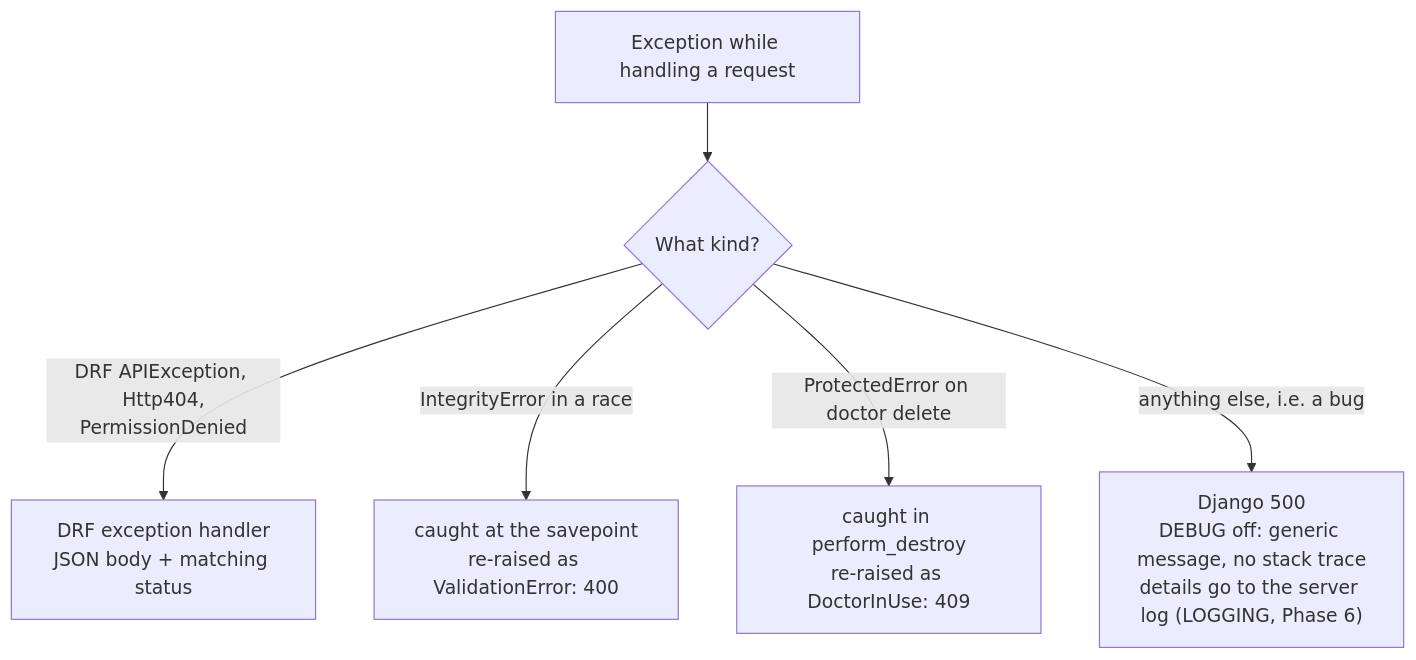
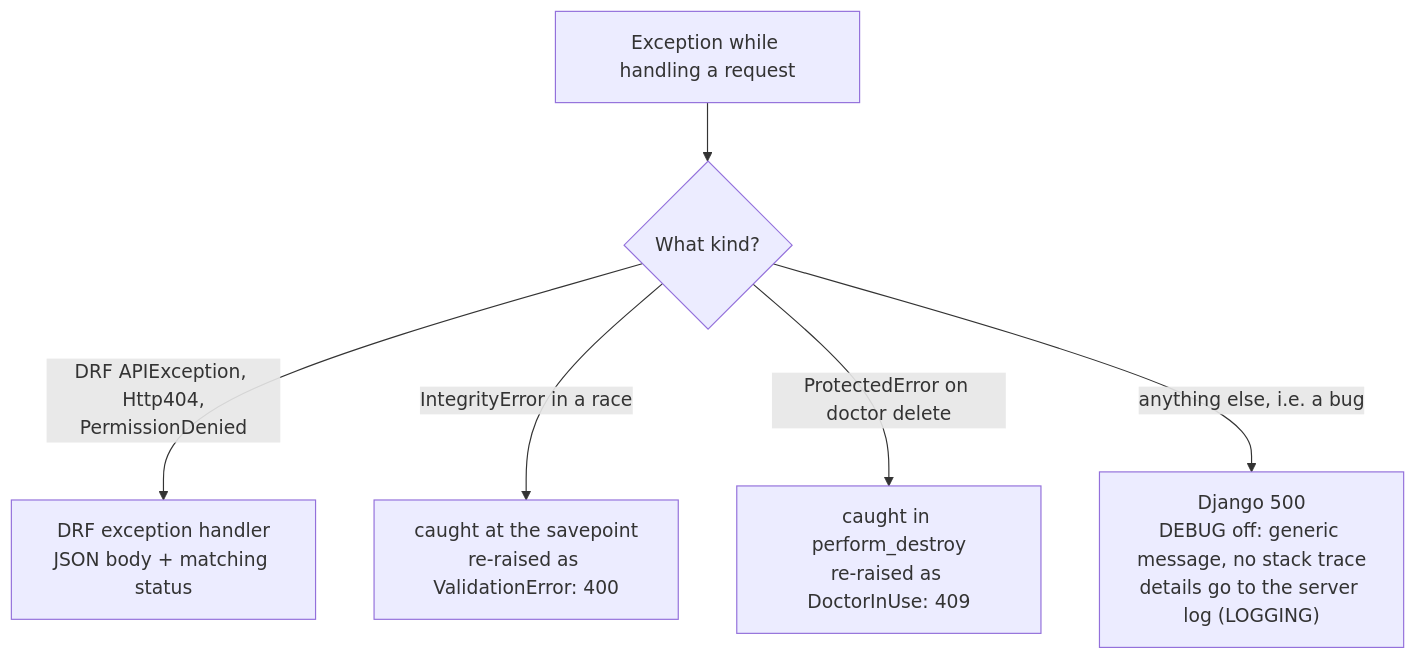
One commit to ShubhSonakiya18/Healthcare-backend changed the sixth of 8 diagrams in docs/architecture.md. Above: the diagram before and after it, drawn with Mermaid. The commit also changed other lines of this file and 4 other files, not shown here.

````diff
--- a/docs/architecture.md
+++ b/docs/architecture.md
@@ -284,8 +282,8 @@
 ```mermaid
 flowchart TD
     ex["Exception while handling a request"] --> kind{"What kind?"}
     kind -- "DRF APIException, Http404,<br/>PermissionDenied" --> drf["DRF exception handler<br/>JSON body + matching status"]
     kind -- "IntegrityError in a race" --> v400["caught at the savepoint<br/>re-raised as ValidationError: 400"]
     kind -- "ProtectedError on doctor delete" --> c409["caught in perform_destroy<br/>re-raised as DoctorInUse: 409"]
-    kind -- "anything else, i.e. a bug" --> e500["Django 500<br/>DEBUG off: generic message, no stack trace<br/>details go to the server log (LOGGING, Phase 6)"]
+    kind -- "anything else, i.e. a bug" --> e500["Django 500<br/>DEBUG off: generic message, no stack trace<br/>details go to the server log (LOGGING)"]
 ```
````
